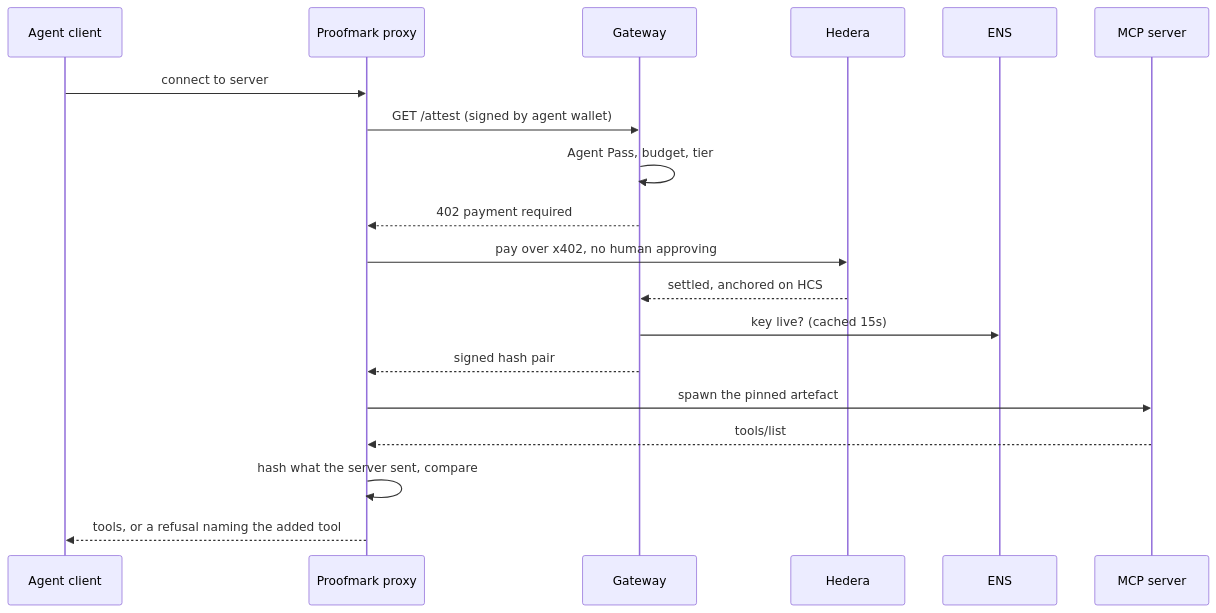
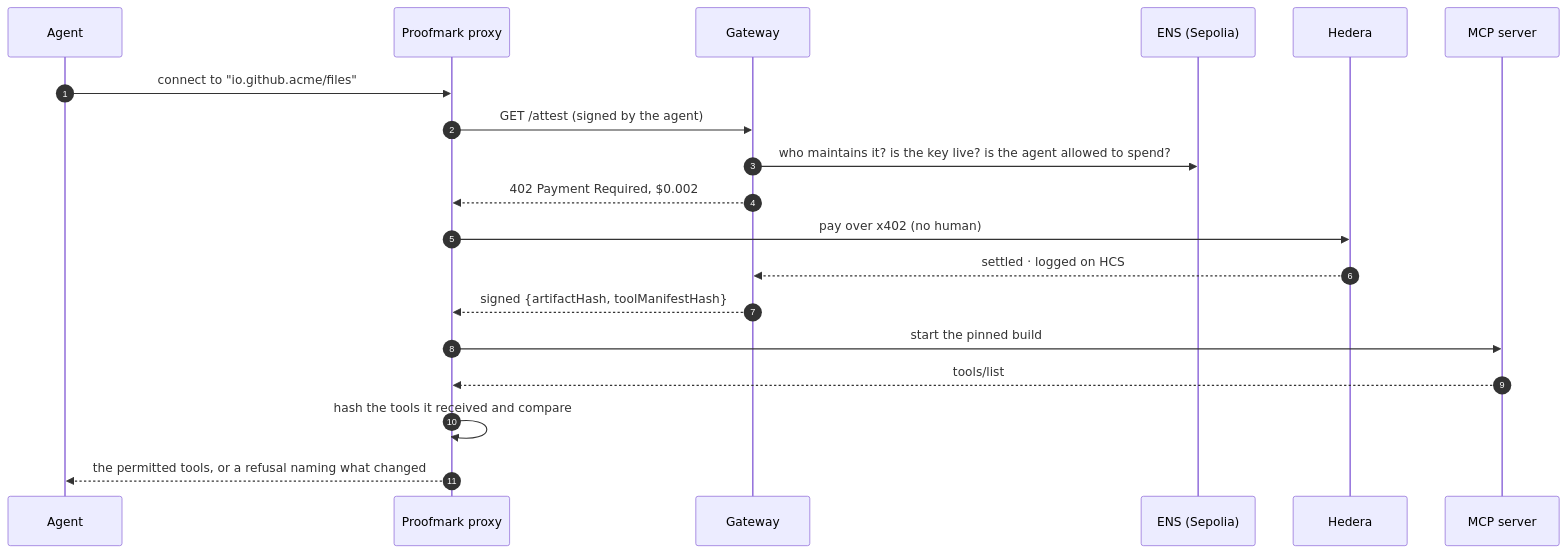
Before and after one commit to SamuelDharshi/Proofmark: the diagram in README.md, drawn with Mermaid. The commit also changed other lines of this file, not shown here.

Commit message:
docs: a detailed README with the idea, flows, diagrams and usage for each role

````diff
--- a/README.md
+++ b/README.md
@@ -73,21 +119,21 @@
 ```mermaid
 sequenceDiagram
-  participant A as Agent client
+  autonumber
+  participant A as Agent
   participant P as Proofmark proxy
   participant G as Gateway
+  participant E as ENS (Sepolia)
   participant H as Hedera
-  participant E as ENS
   participant S as MCP server
-  A->>P: connect to server
-  P->>G: GET /attest (signed by agent wallet)
-  G->>G: Agent Pass, budget, tier
-  G-->>P: 402 payment required
-  P->>H: pay over x402, no human approving
-  H-->>G: settled, anchored on HCS
-  G->>E: key live? (cached 15s)
-  G-->>P: signed hash pair
-  P->>S: spawn the pinned artefact
+  A->>P: connect to "io.github.acme/files"
+  P->>G: GET /attest (signed by the agent)
+  G->>E: who maintains it? is the key live? is the agent allowed to spend?
+  G-->>P: 402 Payment Required, $0.002
+  P->>H: pay over x402 (no human)
+  H-->>G: settled · logged on HCS
+  G-->>P: signed {artifactHash, toolManifestHash}
+  P->>S: start the pinned build
   S-->>P: tools/list
-  P->>P: hash what the server sent, compare
-  P-->>A: tools, or a refusal naming the added tool
+  P->>P: hash the tools it received and compare
+  P-->>A: the permitted tools, or a refusal naming what changed
 ```
````
